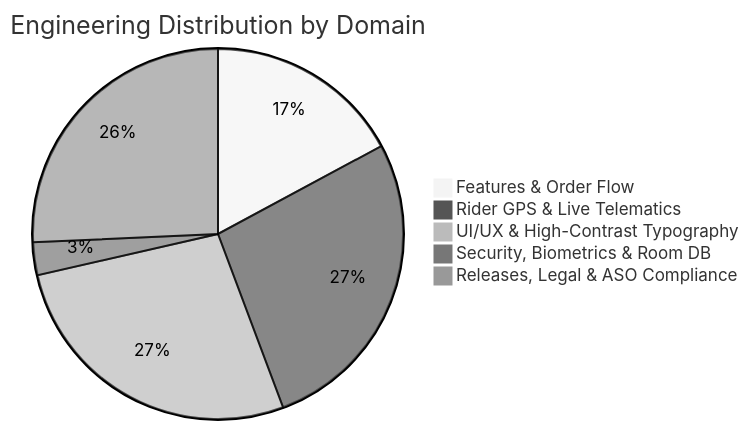
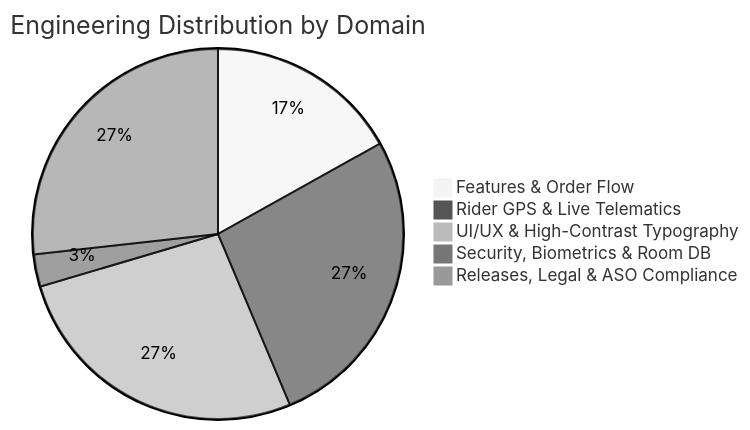
The second of 2 diagrams in README.md (daniyal44/Zyphuel-App), drawn with Mermaid (neutral theme) before and after one commit. The commit also changed other lines of this file and 12 other files, not shown here.

````diff
--- a/README.md
+++ b/README.md
@@ -60,8 +60,8 @@
 ```mermaid
 pie title Engineering Distribution by Domain
     "Features & Order Flow" : 12
     "Rider GPS & Live Telematics" : 19
     "UI/UX & High-Contrast Typography" : 19
     "Security, Biometrics & Room DB" : 2
-    "Releases, Legal & ASO Compliance" : 18
+    "Releases, Legal & ASO Compliance" : 19
 ```
````
